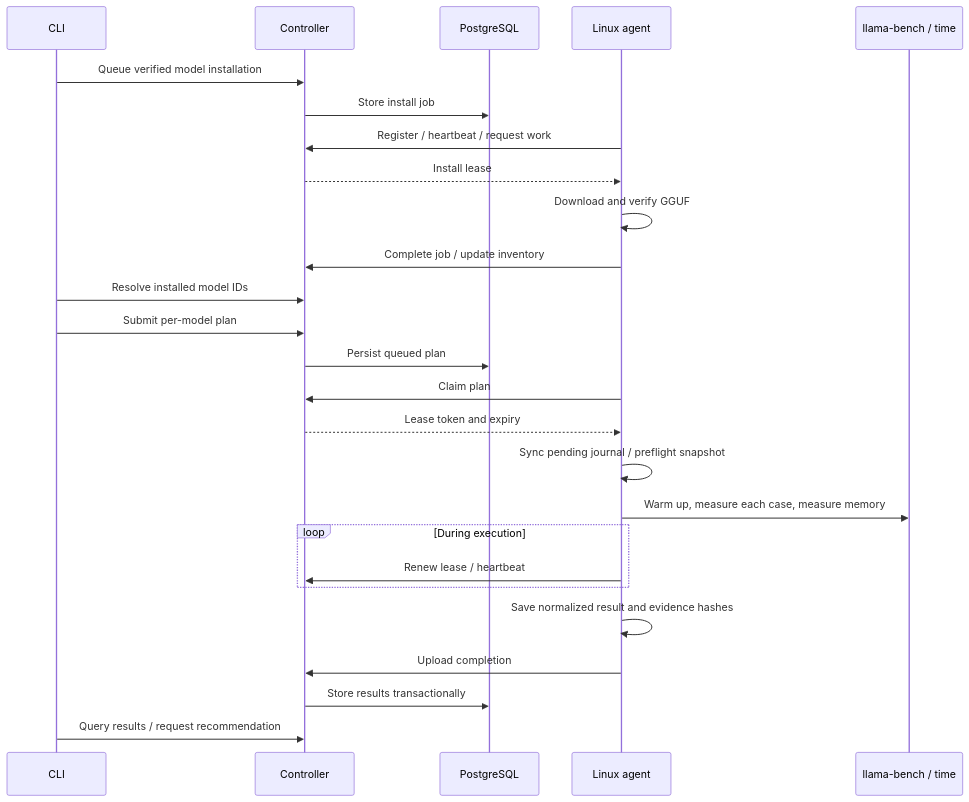
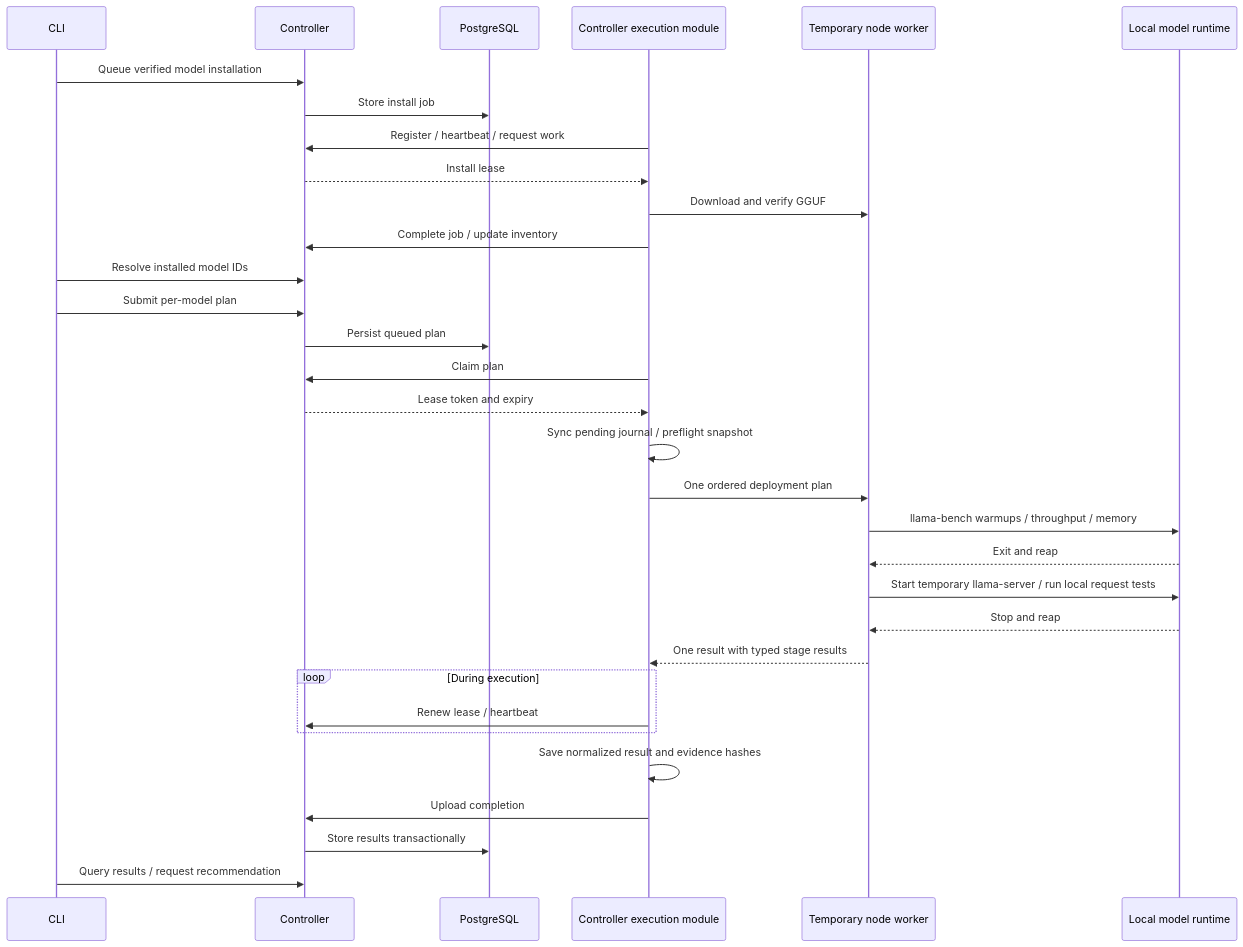
The second of 2 diagrams in docs/ARCHITECTURE.md (ashwat287/modelGauge), drawn with Mermaid before and after one commit. The commit also changed other lines of this file and 112 other files, not shown here.

First line of the commit message:
feat: run declarative benchmark suites through controller-owned executors

````diff
--- a/docs/ARCHITECTURE.md
+++ b/docs/ARCHITECTURE.md
@@ -69,28 +80,34 @@
 ```mermaid
 sequenceDiagram
   participant CLI
   participant API as Controller
   participant DB as PostgreSQL
-  participant A as Linux agent
-  participant R as llama-bench / time
+  participant A as Controller execution module
+  participant W as Temporary node worker
+  participant R as Local model runtime
   CLI->>API: Queue verified model installation
   API->>DB: Store install job
   A->>API: Register / heartbeat / request work
   API-->>A: Install lease
-  A->>A: Download and verify GGUF
+  A->>W: Download and verify GGUF
   A->>API: Complete job / update inventory
   CLI->>API: Resolve installed model IDs
   CLI->>API: Submit per-model plan
   API->>DB: Persist queued plan
   A->>API: Claim plan
   API-->>A: Lease token and expiry
   A->>A: Sync pending journal / preflight snapshot
-  A->>R: Warm up, measure each case, measure memory
+  A->>W: One ordered deployment plan
+  W->>R: llama-bench warmups / throughput / memory
+  R-->>W: Exit and reap
+  W->>R: Start temporary llama-server / run local request tests
+  R-->>W: Stop and reap
+  W-->>A: One result with typed stage results
   loop During execution
     A->>API: Renew lease / heartbeat
   end
   A->>A: Save normalized result and evidence hashes
   A->>API: Upload completion
   API->>DB: Store results transactionally
   CLI->>API: Query results / request recommendation
 ```
````
